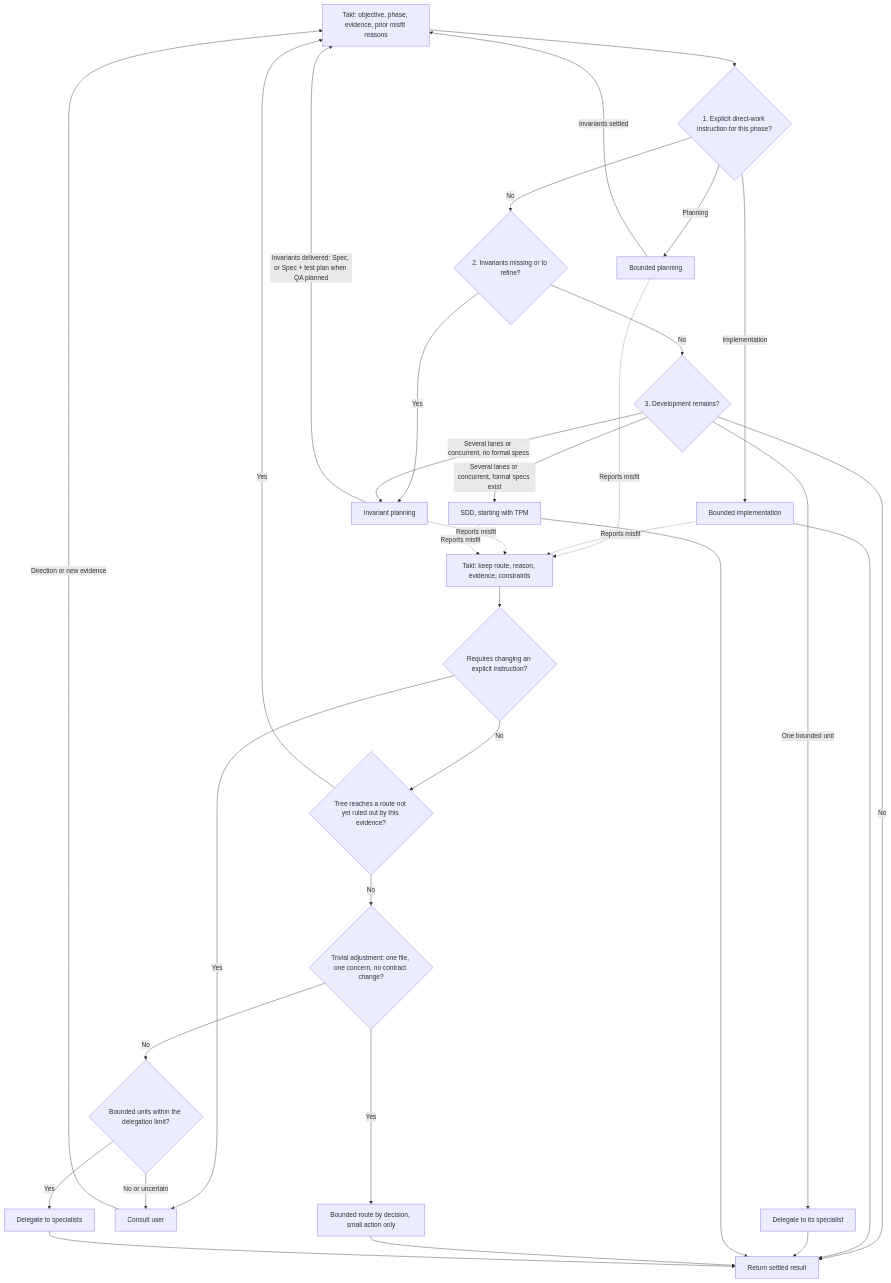
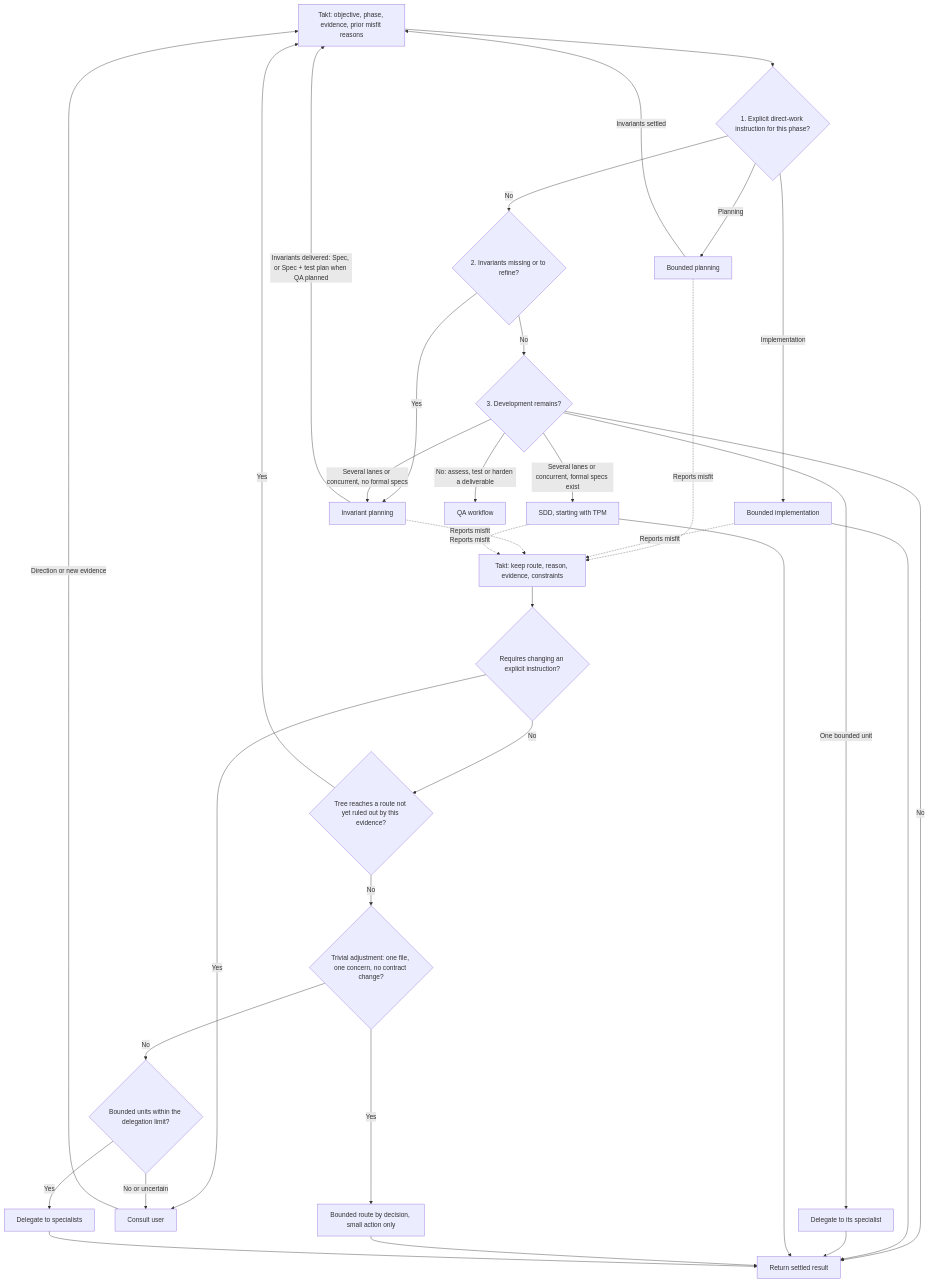
The diagram in product/meta-harness/orchestration/WORKFLOW_SELECTION.md (rou-cru/takt-ai), drawn with Mermaid before and after one commit. The commit also changed other lines of this file and 32 other files, not shown here.

````diff
--- a/product/meta-harness/orchestration/WORKFLOW_SELECTION.md
+++ b/product/meta-harness/orchestration/WORKFLOW_SELECTION.md
@@ -33,37 +33,38 @@
 ```mermaid
 flowchart TD
     Start["Takt: objective, phase, evidence, prior misfit reasons"] --> Order{"1. Explicit direct-work instruction for this phase?"}
     Order -->|Planning| BP["Bounded planning"]
     Order -->|Implementation| BW["Bounded implementation"]
     Order -->|No| Gaps{"2. Invariants missing or to refine?"}
     Gaps -->|Yes| IP["Invariant planning"]
     Gaps -->|No| Dev{"3. Development remains?"}
     Dev -->|One bounded unit| Unit["Delegate to its specialist"]
     Dev -->|Several lanes or concurrent, formal specs exist| SDD["SDD, starting with TPM"]
     Dev -->|Several lanes or concurrent, no formal specs| IP
+    Dev -->|"No: assess, test or harden a deliverable"| QA["QA workflow"]
     Dev -->|No| Complete["Return settled result"]
 
     IP -->|"Invariants delivered: Spec, or Spec + test plan when QA planned"| Start
     BP -->|Invariants settled| Start
     BW --> Complete
     Unit --> Complete
     SDD --> Complete
 
     BP -.->|Reports misfit| Return
     BW -.->|Reports misfit| Return
     IP -.->|Reports misfit| Return
     SDD -.->|Reports misfit| Return
 
     Return["Takt: keep route, reason, evidence, constraints"] --> Conflict{"Requires changing an explicit instruction?"}
     Conflict -->|Yes| Ask["Consult user"]
     Conflict -->|No| Fresh{"Tree reaches a route not yet ruled out by this evidence?"}
     Fresh -->|Yes| Start
     Fresh -->|No| Trivial{"Trivial adjustment: one file, one concern, no contract change?"}
     Trivial -->|Yes| Direct["Bounded route by decision, small action only"]
     Trivial -->|No| Light{"Bounded units within the delegation limit?"}
     Light -->|Yes| Specialists["Delegate to specialists"]
     Light -->|No or uncertain| Ask
     Ask -->|Direction or new evidence| Start
     Direct --> Complete
     Specialists --> Complete
 ```
````
